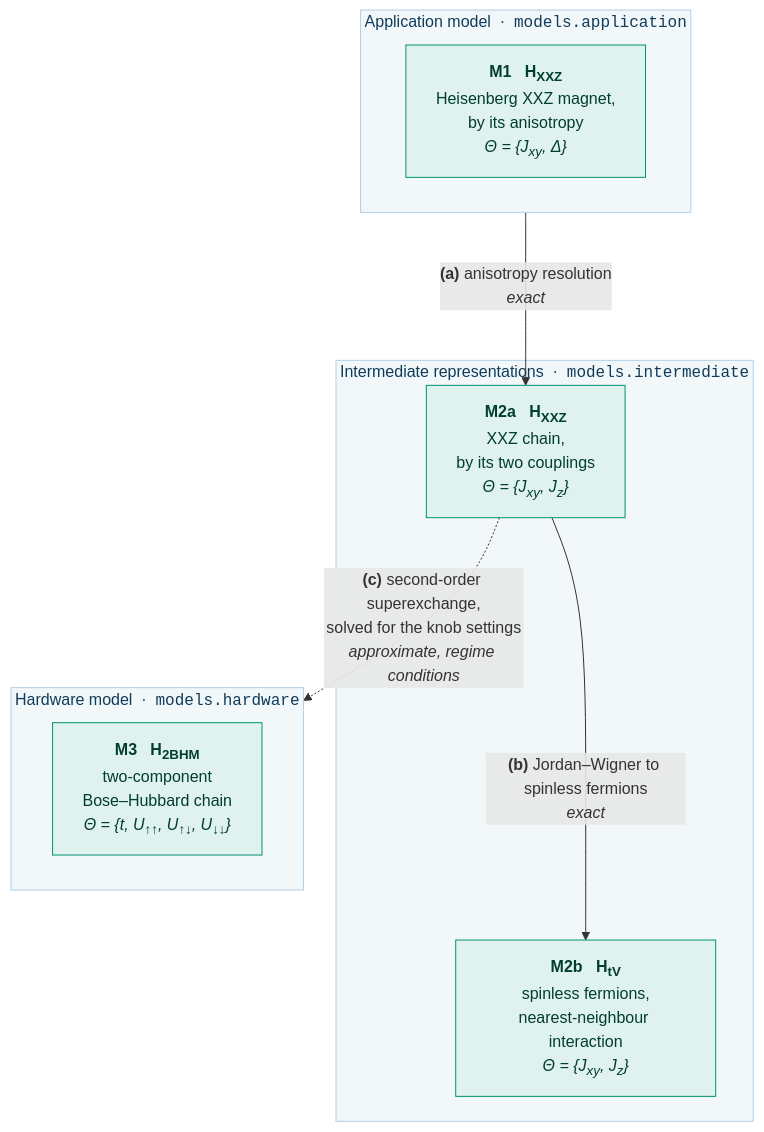
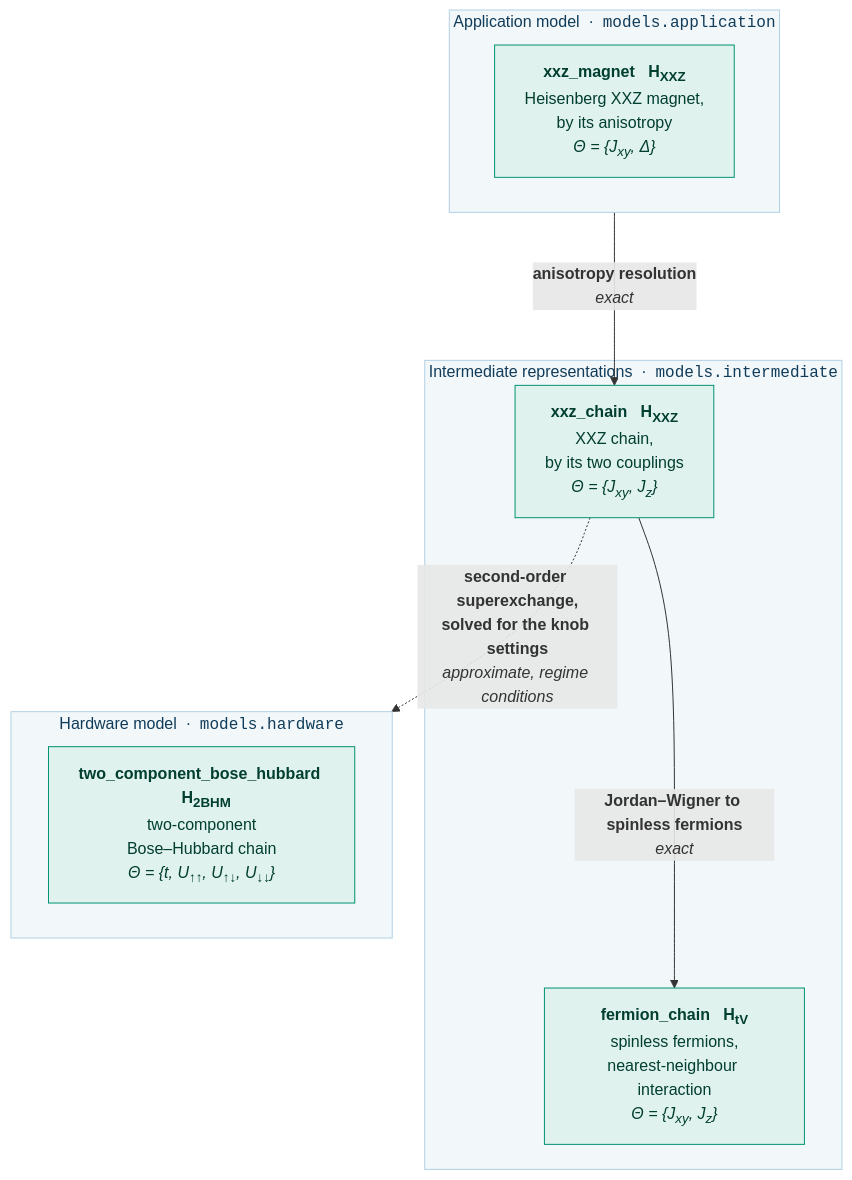
One commit to lfd/qsimod changed the diagram in docs/heisenberg.md. Above: the diagram before and after it, drawn with Mermaid. The commit also changed other lines of this file and 41 other files, not shown here.

````diff
--- a/docs/heisenberg.md
+++ b/docs/heisenberg.md
@@ -21,25 +21,25 @@
 ```mermaid
 flowchart TB
     subgraph LV1["Application model &nbsp;·&nbsp; <code>models.application</code>"]
         direction LR
-        M1["<b>M1 &nbsp; H<sub>XXZ</sub></b><br/>Heisenberg XXZ magnet,<br/>by its anisotropy<br/><i>Θ = {J<sub>xy</sub>, Δ}</i>"]
+        xxz_magnet["<b>xxz_magnet &nbsp; H<sub>XXZ</sub></b><br/>Heisenberg XXZ magnet,<br/>by its anisotropy<br/><i>Θ = {J<sub>xy</sub>, Δ}</i>"]
     end
     subgraph LV2["Intermediate representations &nbsp;·&nbsp; <code>models.intermediate</code>"]
-        M2a["<b>M2a &nbsp; H<sub>XXZ</sub></b><br/>XXZ chain,<br/>by its two couplings<br/><i>Θ = {J<sub>xy</sub>, J<sub>z</sub>}</i>"]
-        M2b["<b>M2b &nbsp; H<sub>tV</sub></b><br/>spinless fermions,<br/>nearest-neighbour interaction<br/><i>Θ = {J<sub>xy</sub>, J<sub>z</sub>}</i>"]
+        xxz_chain["<b>xxz_chain &nbsp; H<sub>XXZ</sub></b><br/>XXZ chain,<br/>by its two couplings<br/><i>Θ = {J<sub>xy</sub>, J<sub>z</sub>}</i>"]
+        fermion_chain["<b>fermion_chain &nbsp; H<sub>tV</sub></b><br/>spinless fermions,<br/>nearest-neighbour interaction<br/><i>Θ = {J<sub>xy</sub>, J<sub>z</sub>}</i>"]
     end
     subgraph LV3["Hardware model &nbsp;·&nbsp; <code>models.hardware</code>"]
         direction LR
-        M3["<b>M3 &nbsp; H<sub>2BHM</sub></b><br/>two-component<br/>Bose–Hubbard chain<br/><i>Θ = {t, U<sub>↑↑</sub>, U<sub>↑↓</sub>, U<sub>↓↓</sub>}</i>"]
+        two_component_bose_hubbard["<b>two_component_bose_hubbard &nbsp; H<sub>2BHM</sub></b><br/>two-component<br/>Bose–Hubbard chain<br/><i>Θ = {t, U<sub>↑↑</sub>, U<sub>↑↓</sub>, U<sub>↓↓</sub>}</i>"]
     end
 
-    M1  ---> |"<b>(a)</b> anisotropy resolution<br/><i>exact</i>"| M2a
-    M2a ---> |"<b>(b)</b> Jordan–Wigner to spinless fermions<br/><i>exact</i>"| M2b
-    M2a -. "<b>(c)</b> second-order superexchange,<br/>solved for the knob settings<br/><i>approximate, regime conditions</i>" .-> M3
+    xxz_magnet ---> |"<b>anisotropy resolution</b><br/><i>exact</i>"| xxz_chain
+    xxz_chain ---> |"<b>Jordan–Wigner to spinless fermions</b><br/><i>exact</i>"| fermion_chain
+    xxz_chain -. "<b>second-order superexchange,<br/>solved for the knob settings</b><br/><i>approximate, regime conditions</i>" .-> two_component_bose_hubbard
 
     classDef ham fill:#e0f2ee,stroke:#009371,color:#003e2f
-    class M1,M2a,M2b,M3 ham
+    class xxz_magnet,xxz_chain,fermion_chain,two_component_bose_hubbard ham
     style LV1 fill:#f2f7fa,stroke:#b1d0e5,color:#103c5a
     style LV2 fill:#f2f7fa,stroke:#b1d0e5,color:#103c5a
     style LV3 fill:#f2f7fa,stroke:#b1d0e5,color:#103c5a
 ```
````
